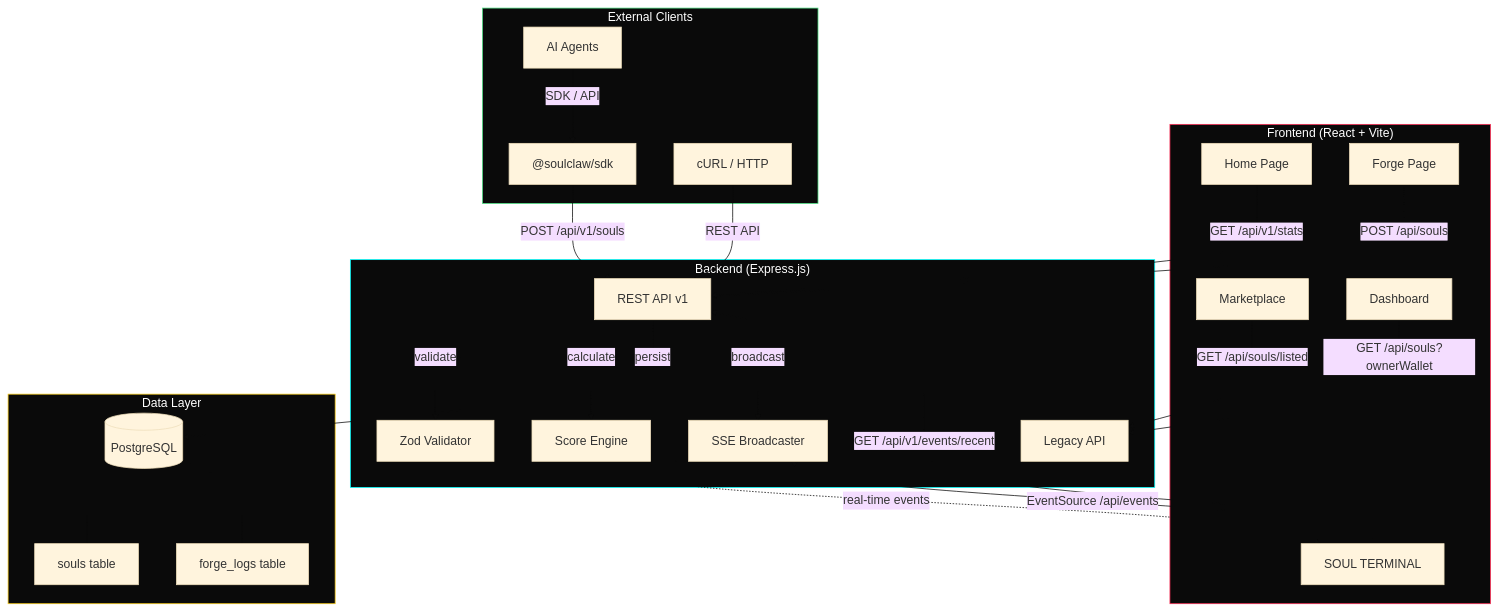
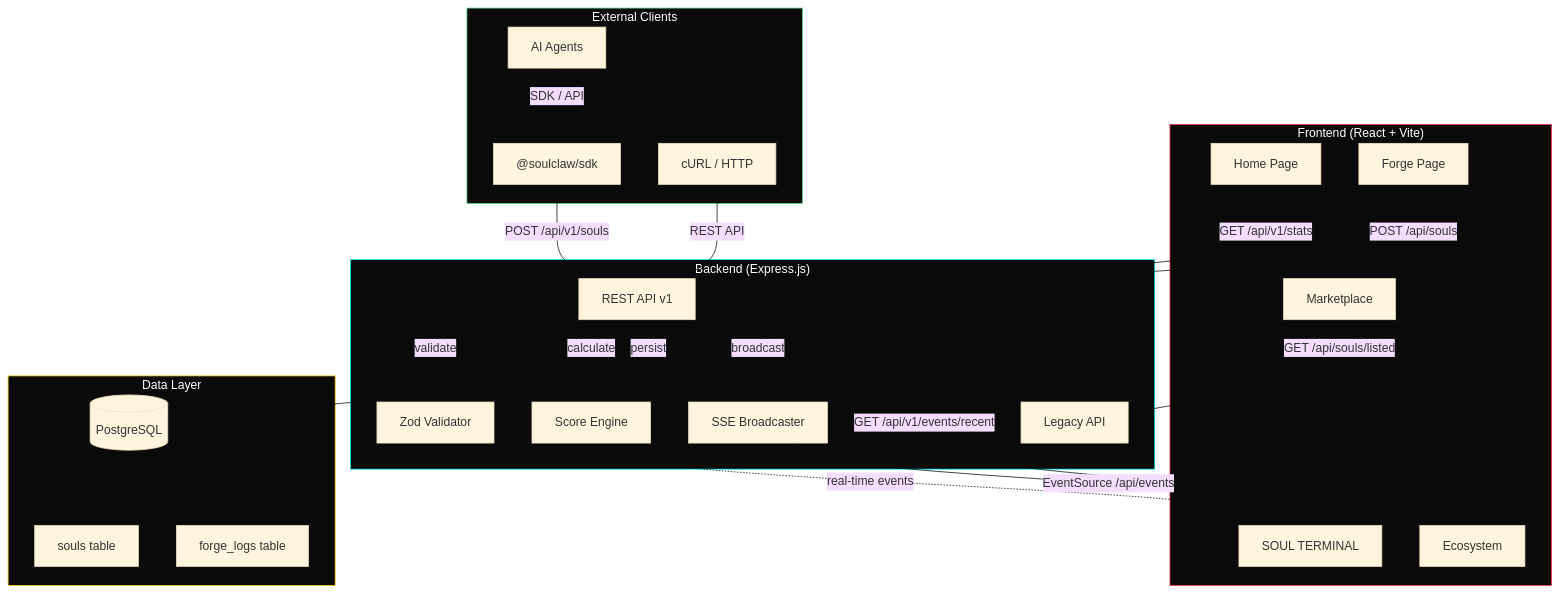
Before and after one commit to dewifart/AdClaw: the first of 3 diagrams in README.md, drawn with Mermaid (base theme). The commit also changed other lines of this file and 4 other files, not shown here.

````diff
--- a/README.md
+++ b/README.md
@@ -37,61 +72,60 @@
 ```mermaid
 graph TB
     subgraph Client ["Frontend (React + Vite)"]
         HP[Home Page]
         FP[Forge Page]
         MP[Marketplace]
         LT[SOUL TERMINAL]
-        DB_PAGE[Dashboard]
+        EP[Ecosystem]
     end
 
     subgraph Server ["Backend (Express.js)"]
         API[REST API v1]
         LEGACY[Legacy API]
         SSE[SSE Broadcaster]
         SCORE[Score Engine]
         VAL[Zod Validator]
     end
 
     subgraph Data ["Data Layer"]
         PG[(PostgreSQL)]
         SOULS_TBL[souls table]
         LOGS_TBL[forge_logs table]
     end
 
     subgraph External ["External Clients"]
         SDK["@soulclaw/sdk"]
         CURL[cURL / HTTP]
         AGENTS[AI Agents]
     end
 
     %% Client to Server
     FP -->|POST /api/souls| API
     HP -->|GET /api/v1/stats| API
     LT -->|EventSource /api/events| SSE
     LT -->|GET /api/v1/events/recent| API
     MP -->|GET /api/souls/listed| LEGACY
-    DB_PAGE -->|GET /api/souls?ownerWallet| LEGACY
 
     %% External to Server
     SDK -->|POST /api/v1/souls| API
     CURL -->|REST API| API
     AGENTS -->|SDK / API| SDK
 
     %% Server internal
     API -->|validate| VAL
     API -->|calculate| SCORE
     API -->|persist| PG
     API -->|broadcast| SSE
 
     %% Data
     PG --- SOULS_TBL
     PG --- LOGS_TBL
 
     %% SSE to Client
     SSE -.->|real-time events| LT
 
     style Client fill:#0a0a0a,stroke:#FF2D55,color:#fff
     style Server fill:#0a0a0a,stroke:#00FFFF,color:#fff
     style Data fill:#0a0a0a,stroke:#facc15,color:#fff
     style External fill:#0a0a0a,stroke:#4ade80,color:#fff
 ```
````
